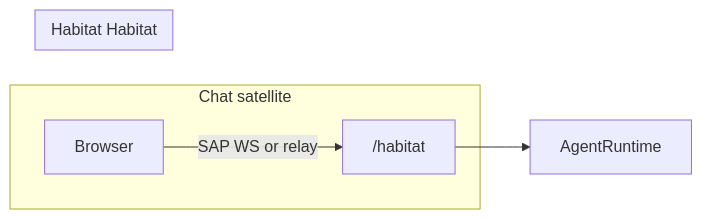
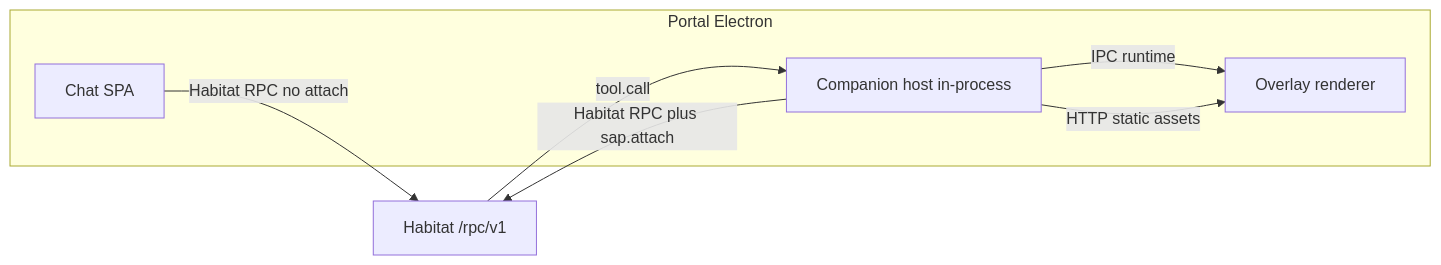
The first of 2 diagrams in docs/sap/overview.md (freeanima-org/freeanima), drawn with Mermaid before and after one commit. The commit also changed other lines of this file and 27 other files, not shown here.

First line of the commit message:
docs(sap): 对齐 Habitat RPC 并薄化 companion runtime

````diff
--- a/docs/sap/overview.md
+++ b/docs/sap/overview.md
@@ -19,10 +22,14 @@
 ```mermaid
 flowchart LR
-  subgraph chat [Chat satellite]
-    B1[Browser] -->|SAP WS or relay| Habitat
+  subgraph portal [Portal Electron]
+    Chat[Chat SPA]
+    CompHost[Companion host in-process]
+    Overlay[Overlay renderer]
   end
-  Habitat --> Runtime[AgentRuntime]
-  subgraph hubConsole [Habitat Habitat]
-    Habitat["/habitat"]
-  end
+  Habitat[Habitat /rpc/v1]
+  Chat -->|Habitat RPC no attach| Habitat
+  CompHost -->|Habitat RPC plus sap.attach| Habitat
+  Habitat -->|tool.call| CompHost
+  CompHost -->|IPC runtime| Overlay
+  CompHost -->|HTTP static assets| Overlay
 ```
````
